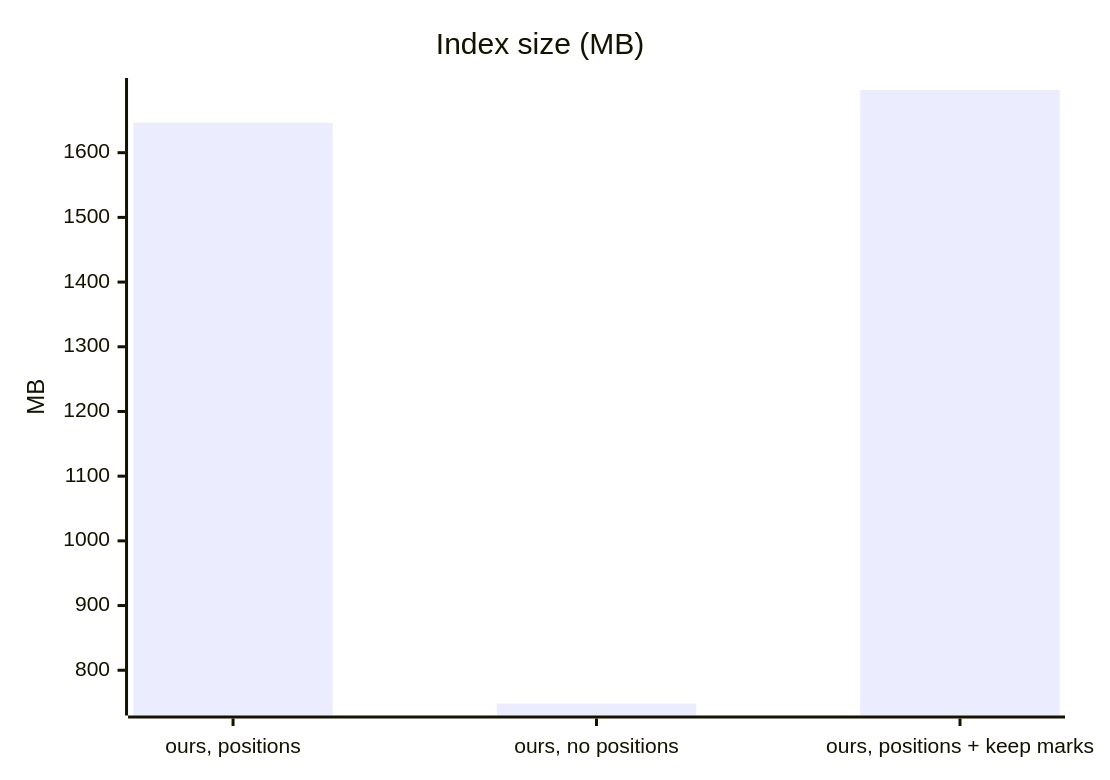
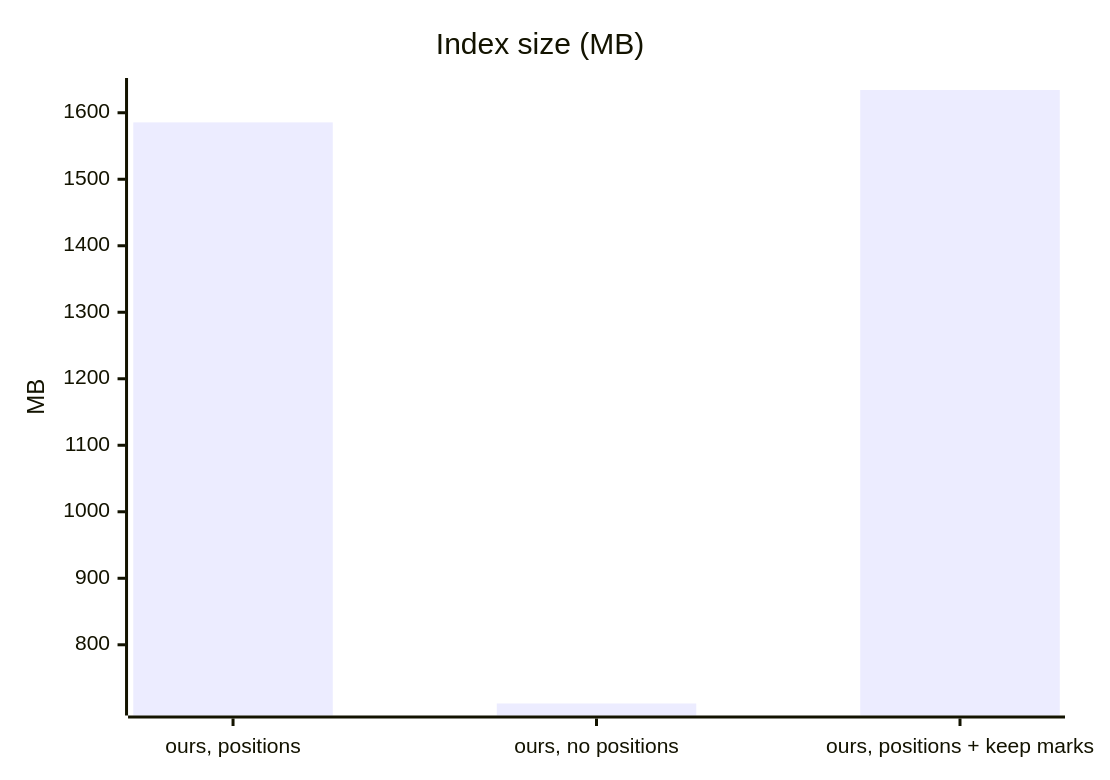
The second of 11 diagrams in FTS-SPECS-AND-COMPARISONS.md (KleiKodesh/SeforimLibrarySearchEngine), drawn with Mermaid before and after one commit. The commit also changed other lines of this file and 10 other files, not shown here.

````diff
--- a/FTS-SPECS-AND-COMPARISONS.md
+++ b/FTS-SPECS-AND-COMPARISONS.md
@@ -68,7 +77,7 @@
 ```mermaid
 xychart-beta
     title "Index size (MB)"
     x-axis ["ours, positions", "ours, no positions", "ours, positions + keep marks"]
     y-axis "MB"
-    bar [1646.10, 748.60, 1696.90]
+    bar [1585.50, 711.70, 1634.20]
 ```
````
